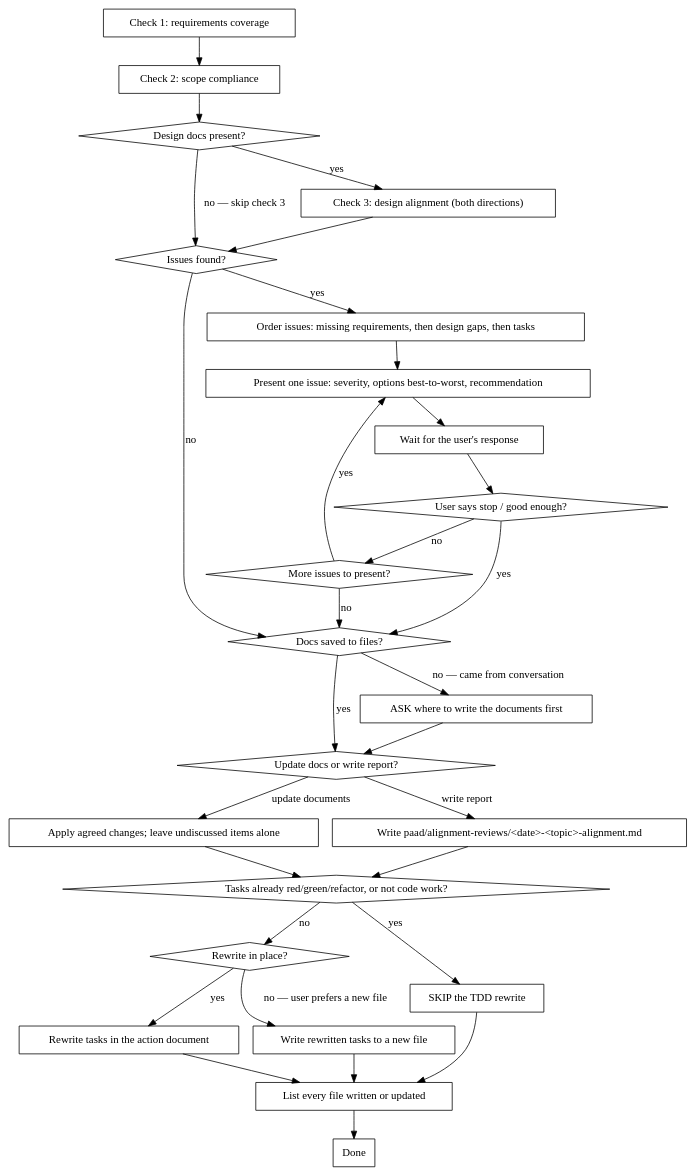
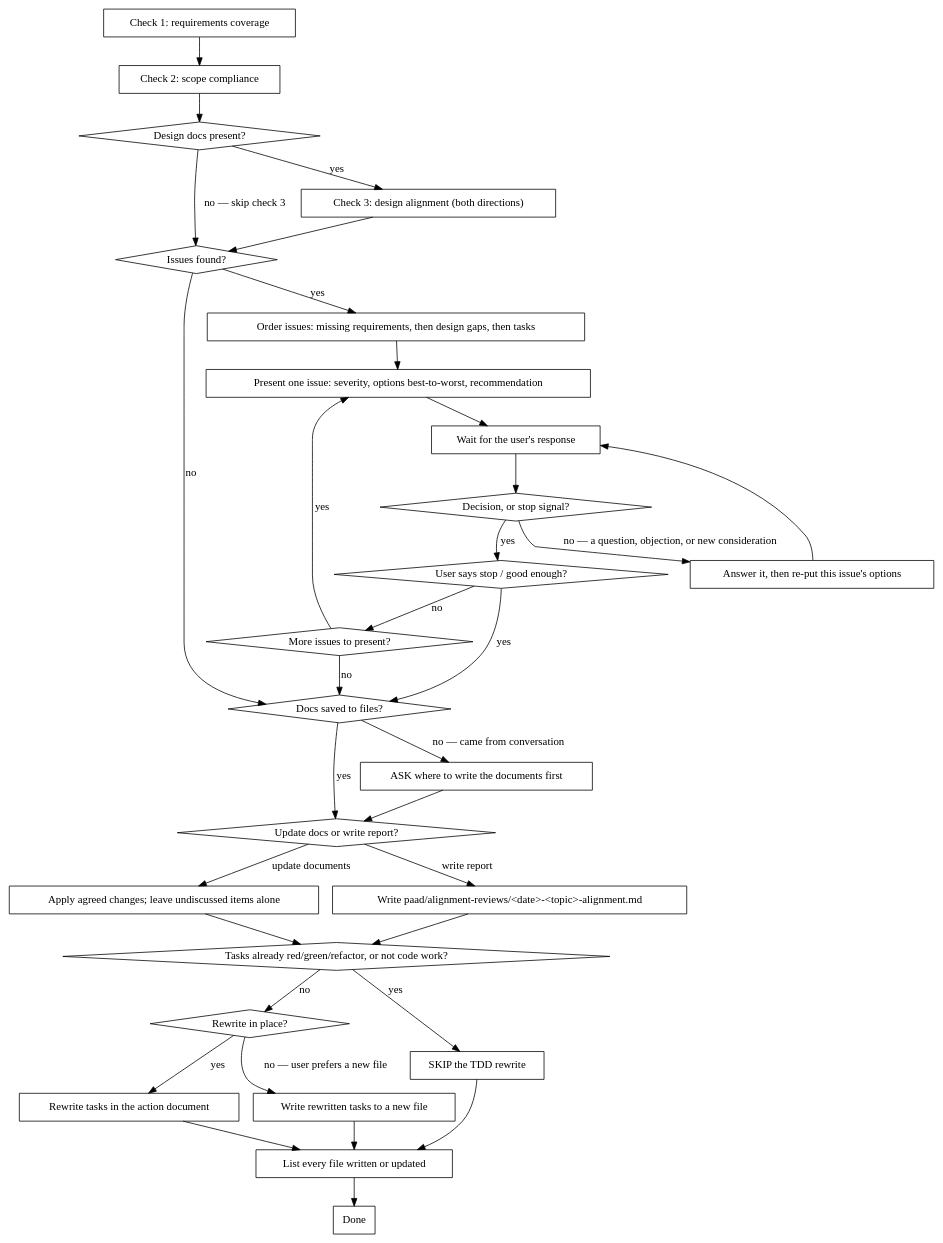
The second of 2 diagrams in plugins/paad/skills/alignment/SKILL.md (Ovid/paad), drawn with Graphviz before and after one commit. The commit also changed other lines of this file and 4 other files, not shown here.

````diff
--- a/plugins/paad/skills/alignment/SKILL.md
+++ b/plugins/paad/skills/alignment/SKILL.md
@@ -58,60 +58,65 @@
 ```dot
 digraph analysis_and_resolution {
   "Design docs present?" [shape=diamond];
   "Issues found?" [shape=diamond];
   "User says stop / good enough?" [shape=diamond];
+  "Decision, or stop signal?" [shape=diamond];
   "More issues to present?" [shape=diamond];
   "Update docs or write report?" [shape=diamond];
   "Docs saved to files?" [shape=diamond];
   "Tasks already red/green/refactor, or not code work?" [shape=diamond];
   "Rewrite in place?" [shape=diamond];
 
   "Check 1: requirements coverage" [shape=box];
   "Check 2: scope compliance" [shape=box];
   "Check 3: design alignment (both directions)" [shape=box];
   "Order issues: missing requirements, then design gaps, then tasks" [shape=box];
   "Present one issue: severity, options best-to-worst, recommendation" [shape=box];
   "Wait for the user's response" [shape=box];
+  "Answer it, then re-put this issue's options" [shape=box];
   "Apply agreed changes; leave undiscussed items alone" [shape=box];
   "Write paad/alignment-reviews/<date>-<topic>-alignment.md" [shape=box];
   "ASK where to write the documents first" [shape=box];
   "SKIP the TDD rewrite" [shape=box];
   "Rewrite tasks in the action document" [shape=box];
   "Write rewritten tasks to a new file" [shape=box];
   "List every file written or updated" [shape=box];
   "Done" [shape=box];
 
   "Check 1: requirements coverage" -> "Check 2: scope compliance";
   "Check 2: scope compliance" -> "Design docs present?";
   "Design docs present?" -> "Check 3: design alignment (both directions)" [label="yes"];
   "Design docs present?" -> "Issues found?" [label="no — skip check 3"];
   "Check 3: design alignment (both directions)" -> "Issues found?";
 
   "Issues found?" -> "Order issues: missing requirements, then design gaps, then tasks" [label="yes"];
   "Issues found?" -> "Docs saved to files?" [label="no"];
   "Order issues: missing requirements, then design gaps, then tasks" -> "Present one issue: severity, options best-to-worst, recommendation";
   "Present one issue: severity, options best-to-worst, recommendation" -> "Wait for the user's response";
-  "Wait for the user's response" -> "User says stop / good enough?";
+  "Wait for the user's response" -> "Decision, or stop signal?";
+  "Decision, or stop signal?" -> "Answer it, then re-put this issue's options" [label="no — a question, objection, or new consideration"];
+  "Answer it, then re-put this issue's options" -> "Wait for the user's response";
+  "Decision, or stop signal?" -> "User says stop / good enough?" [label="yes"];
   "User says stop / good enough?" -> "Docs saved to files?" [label="yes"];
   "User says stop / good enough?" -> "More issues to present?" [label="no"];
   "More issues to present?" -> "Present one issue: severity, options best-to-worst, recommendation" [label="yes"];
   "More issues to present?" -> "Docs saved to files?" [label="no"];
 
   "Docs saved to files?" -> "Update docs or write report?" [label="yes"];
   "Docs saved to files?" -> "ASK where to write the documents first" [label="no — came from conversation"];
   "ASK where to write the documents first" -> "Update docs or write report?";
   "Update docs or write report?" -> "Apply agreed changes; leave undiscussed items alone" [label="update documents"];
   "Update docs or write report?" -> "Write paad/alignment-reviews/<date>-<topic>-alignment.md" [label="write report"];
   "Apply agreed changes; leave undiscussed items alone" -> "Tasks already red/green/refactor, or not code work?";
   "Write paad/alignment-reviews/<date>-<topic>-alignment.md" -> "Tasks already red/green/refactor, or not code work?";
 
   "Tasks already red/green/refactor, or not code work?" -> "SKIP the TDD rewrite" [label="yes"];
   "Tasks already red/green/refactor, or not code work?" -> "Rewrite in place?" [label="no"];
   "Rewrite in place?" -> "Rewrite tasks in the action document" [label="yes"];
   "Rewrite in place?" -> "Write rewritten tasks to a new file" [label="no — user prefers a new file"];
   "SKIP the TDD rewrite" -> "List every file written or updated";
   "Rewrite tasks in the action document" -> "List every file written or updated";
   "Write rewritten tasks to a new file" -> "List every file written or updated";
   "List every file written or updated" -> "Done";
 }
 ```
````
